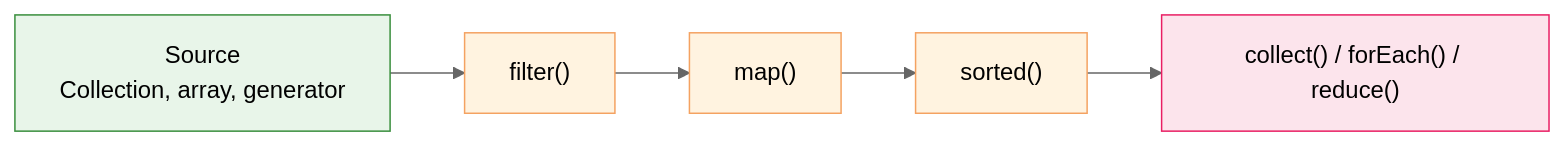
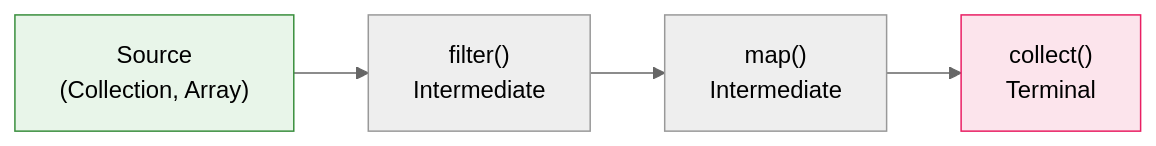
One commit to akardapolov/software-atlas changed the third of 16 diagrams in docs/languages/java/index.md. Above: the diagram before and after it, drawn with Mermaid (neutral theme). The commit also changed other lines of this file and 13 other files, not shown here.

````diff
--- a/docs/languages/java/index.md
+++ b/docs/languages/java/index.md
@@ -544,13 +221,8 @@
 ```mermaid
 flowchart LR
-    Source["Source<br/>Collection, array, generator"] --> I1["filter()"]
-    I1 --> I2["map()"]
-    I2 --> I3["sorted()"]
-    I3 --> Terminal["collect() / forEach() / reduce()"]
-    
+    Source["Source<br/>(Collection, Array)"] --> Filter["filter()<br/>Intermediate"]
+    Filter --> Map["map()<br/>Intermediate"]
+    Map --> Collect["collect()<br/>Terminal"]
     style Source fill:#e8f5e9,stroke:#388e3c
-    style I1 fill:#fff3e0,stroke:#f4a261
-    style I2 fill:#fff3e0,stroke:#f4a261
-    style I3 fill:#fff3e0,stroke:#f4a261
-    style Terminal fill:#fce4ec,stroke:#e91e63
+    style Collect fill:#fce4ec,stroke:#e91e63
 ```
````
